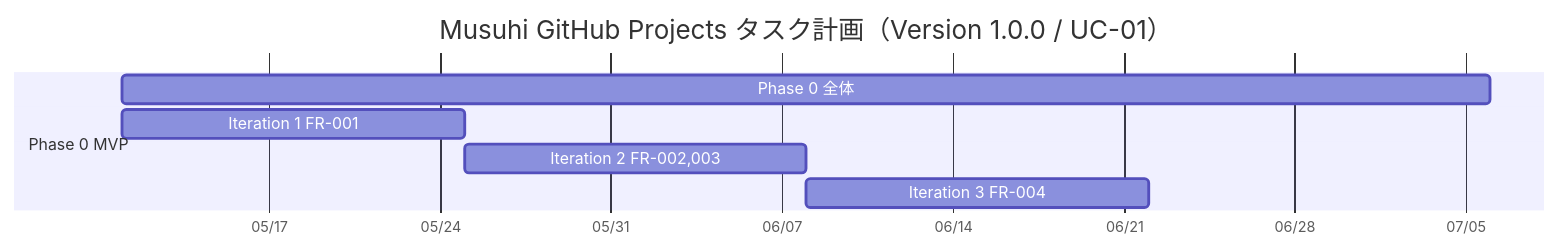
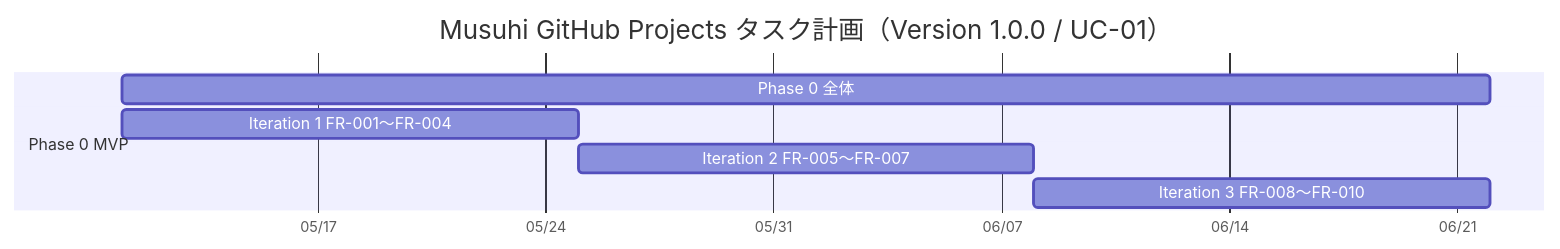
One commit to BossApe/lo-vibe changed the second of 2 diagrams in _document/003.設計・開発・テストフェーズ/001.開発規約/001-03.フェーズ・イテレーション・チケット設計規約.md. Above: the diagram before and after it, drawn with Mermaid. The commit also changed other lines of this file and 3 other files, not shown here.

````diff
--- a/_document/003.設計・開発・テストフェーズ/001.開発規約/001-03.フェーズ・イテレーション・チケット設計規約.md
+++ b/_document/003.設計・開発・テストフェーズ/001.開発規約/001-03.フェーズ・イテレーション・チケット設計規約.md
@@ -139,12 +139,12 @@
 ```mermaid
 gantt
   title Musuhi GitHub Projects タスク計画（Version 1.0.0 / UC-01）
     dateFormat  YYYY-MM-DD
     axisFormat  %m/%d
 
     section Phase 0 MVP
-    Phase 0 全体              :p0, 2026-05-11, 56d
-    Iteration 1 FR-001       :i1, 2026-05-11, 14d
-    Iteration 2 FR-002,003   :i2, 2026-05-25, 14d
-    Iteration 3 FR-004       :i3, 2026-06-08, 14d
+    Phase 0 全体              :p0, 2026-05-11, 42d
+    Iteration 1 FR-001〜FR-004  :i1, 2026-05-11, 14d
+    Iteration 2 FR-005〜FR-007  :i2, 2026-05-25, 14d
+    Iteration 3 FR-008〜FR-010  :i3, 2026-06-08, 14d
 ```
````
